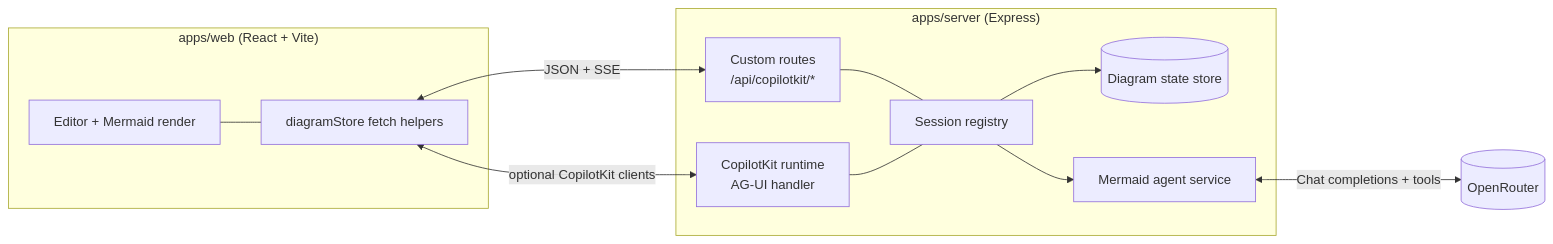
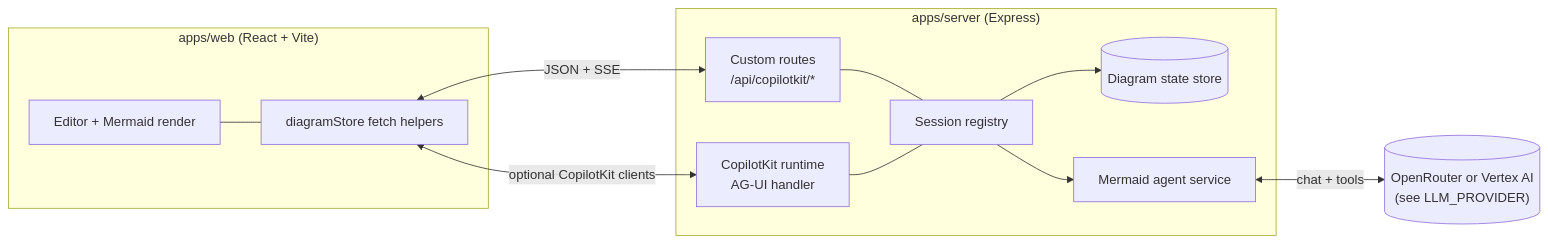
One commit to acuhlmann/mermaid-gen changed the first of 4 diagrams in README.md. Above: the diagram before and after it, drawn with Mermaid. The commit also changed other lines of this file and 24 other files, not shown here.

First line of the commit message:
Enhance Mermaid validation and repair capabilities

````diff
--- a/README.md
+++ b/README.md
@@ -16,26 +16,26 @@
 ```mermaid
 flowchart LR
   subgraph client ["apps/web (React + Vite)"]
     UI[Editor + Mermaid render]
     Store[diagramStore fetch helpers]
     UI --- Store
   end
 
   subgraph server ["apps/server (Express)"]
     Router["Custom routes<br/>/api/copilotkit/*"]
     CK["CopilotKit runtime<br/>AG-UI handler"]
     Reg["Session registry"]
     SS[(Diagram state store)]
     AS[Mermaid agent service]
     Router --- Reg
     CK --- Reg
     Reg --> SS
     Reg --> AS
   end
 
-  OR[(OpenRouter)]
+  LLM[("OpenRouter or Vertex AI<br/>(see LLM_PROVIDER)")]
 
   Store <-->|"JSON + SSE"| Router
   Store <-->|"optional CopilotKit clients"| CK
-  AS <-->|Chat completions + tools| OR
+  AS <-->|"chat + tools"| LLM
 ```
````
